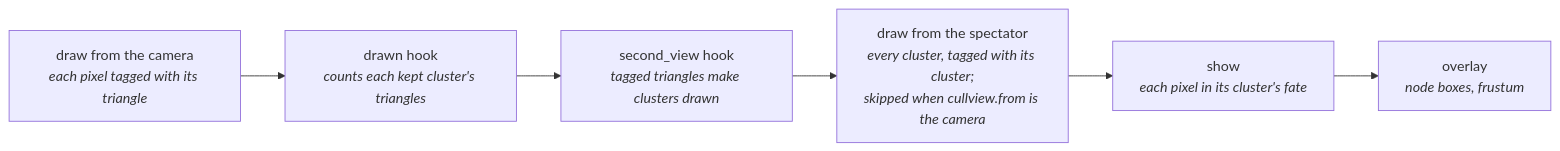
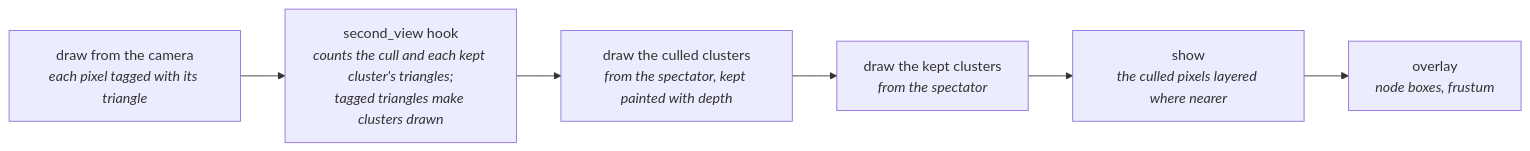
Before and after one commit to jose-villegas/autana: the fifth of 6 diagrams in docs/render/Mesh-Rendering.md, drawn with Mermaid. The commit also changed other lines of this file and 8 other files, not shown here.

First line of the commit message:
r3d: cull view draws culled and kept clusters apart from the spectator

````diff
--- a/docs/render/Mesh-Rendering.md
+++ b/docs/render/Mesh-Rendering.md
@@ -362,7 +364,7 @@
 ```mermaid
 flowchart LR
-    Camera["draw from the camera<br/><i>each pixel tagged with its triangle</i>"] --> Drawn["drawn hook<br/><i>counts each kept cluster's triangles</i>"]
-    Drawn --> Tally["second_view hook<br/><i>tagged triangles make clusters drawn</i>"]
-    Tally --> Spectator["draw from the spectator<br/><i>every cluster, tagged with its cluster;<br/>skipped when cullview.from is the camera</i>"]
-    Spectator --> Show["show<br/><i>each pixel in its cluster's fate</i>"] --> Lines["overlay<br/><i>node boxes, frustum</i>"]
+    Camera["draw from the camera<br/><i>each pixel tagged with its triangle</i>"] --> Count["second_view hook<br/><i>counts the cull and each kept cluster's triangles;<br/>tagged triangles make clusters drawn</i>"]
+    Count --> Culled["draw the culled clusters<br/><i>from the spectator, kept painted with depth</i>"]
+    Culled --> Kept["draw the kept clusters<br/><i>from the spectator</i>"]
+    Kept --> Show["show<br/><i>the culled pixels layered where nearer</i>"] --> Lines["overlay<br/><i>node boxes, frustum</i>"]
 ```
````
